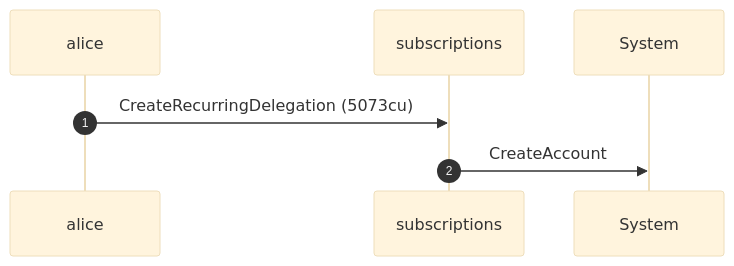
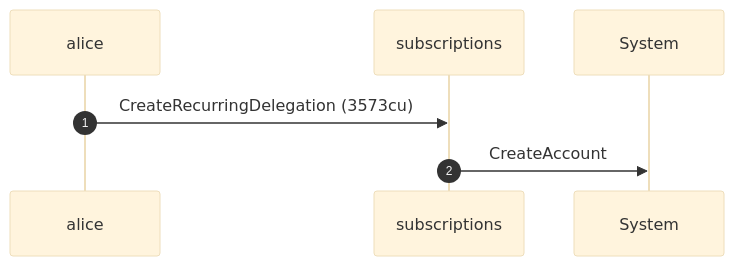
One commit to cds-rs/subscriptions changed the fifth of 8 diagrams in dsl_tests/signer-accounts-must-sign--transferrecurring-.md. Above: the diagram before and after it, drawn with Mermaid (base theme). The commit also changed other lines of this file and 224 other files, not shown here.

````diff
--- a/dsl_tests/signer-accounts-must-sign--transferrecurring-.md
+++ b/dsl_tests/signer-accounts-must-sign--transferrecurring-.md
@@ -104,9 +110,9 @@
 ```mermaid
 sequenceDiagram
     autonumber
     participant alice
     participant subscriptions
     participant System
-    alice ->> subscriptions: CreateRecurringDelegation (5073cu)
+    alice ->> subscriptions: CreateRecurringDelegation (3573cu)
     subscriptions ->> System: CreateAccount
 ```
````
